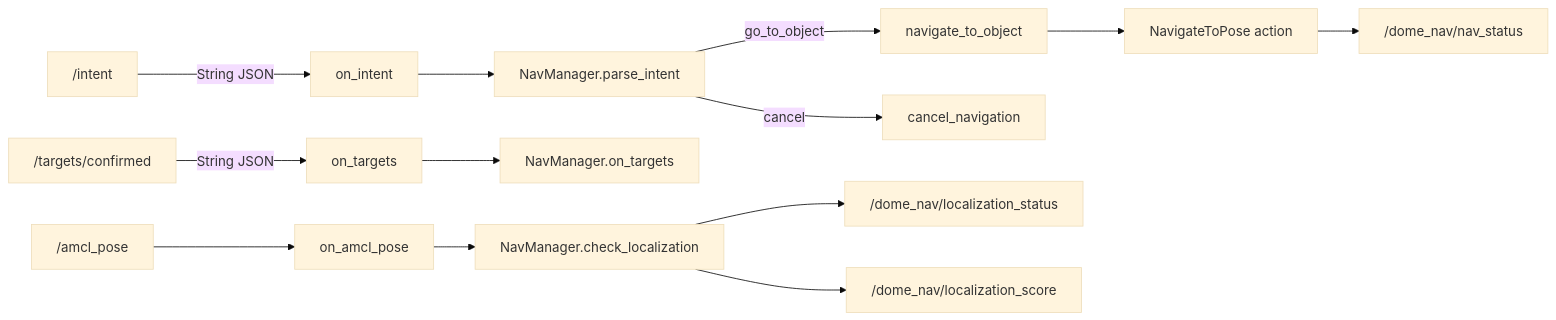
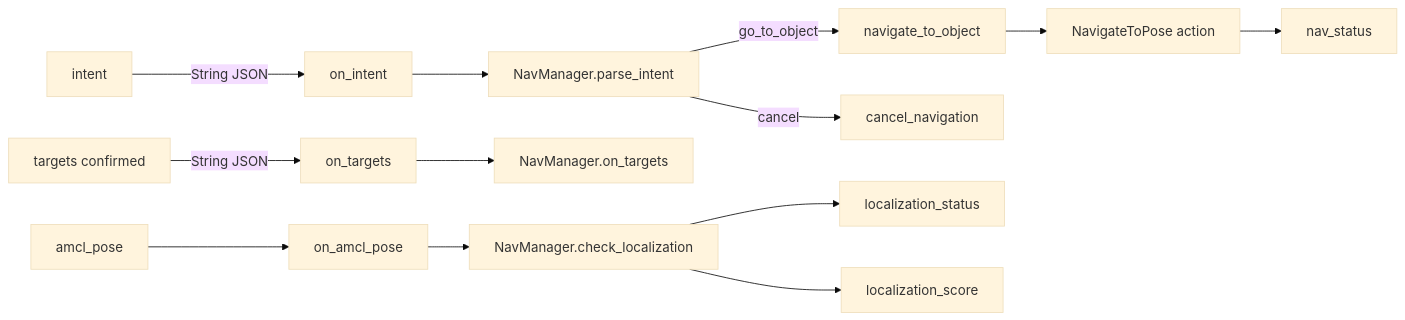
The first of 2 diagrams in 01-literate/03-nav_manager_node.md (Boston-Robot-Hackers/dome_nav), drawn with Mermaid (base theme) before and after one commit.

Commit message:
fix: remove slashes from mermaid node labels for universal renderer compat

````diff
--- a/01-literate/03-nav_manager_node.md
+++ b/01-literate/03-nav_manager_node.md
@@ -17,15 +17,15 @@
 ```mermaid
 flowchart LR
-    A["/intent"] -->|String JSON| B[on_intent]
-    C["/targets/confirmed"] -->|String JSON| D[on_targets]
+    A[intent] -->|String JSON| B[on_intent]
+    C[targets confirmed] -->|String JSON| D[on_targets]
     B --> E[NavManager.parse_intent]
     D --> F[NavManager.on_targets]
     E -->|go_to_object| G[navigate_to_object]
     E -->|cancel| H[cancel_navigation]
     G --> I[NavigateToPose action]
-    I --> J["/dome_nav/nav_status"]
-    K["/amcl_pose"] --> L[on_amcl_pose]
+    I --> J[nav_status]
+    K[amcl_pose] --> L[on_amcl_pose]
     L --> M[NavManager.check_localization]
-    M --> N["/dome_nav/localization_status"]
-    M --> O["/dome_nav/localization_score"]
+    M --> N[localization_status]
+    M --> O[localization_score]
 ```
````
